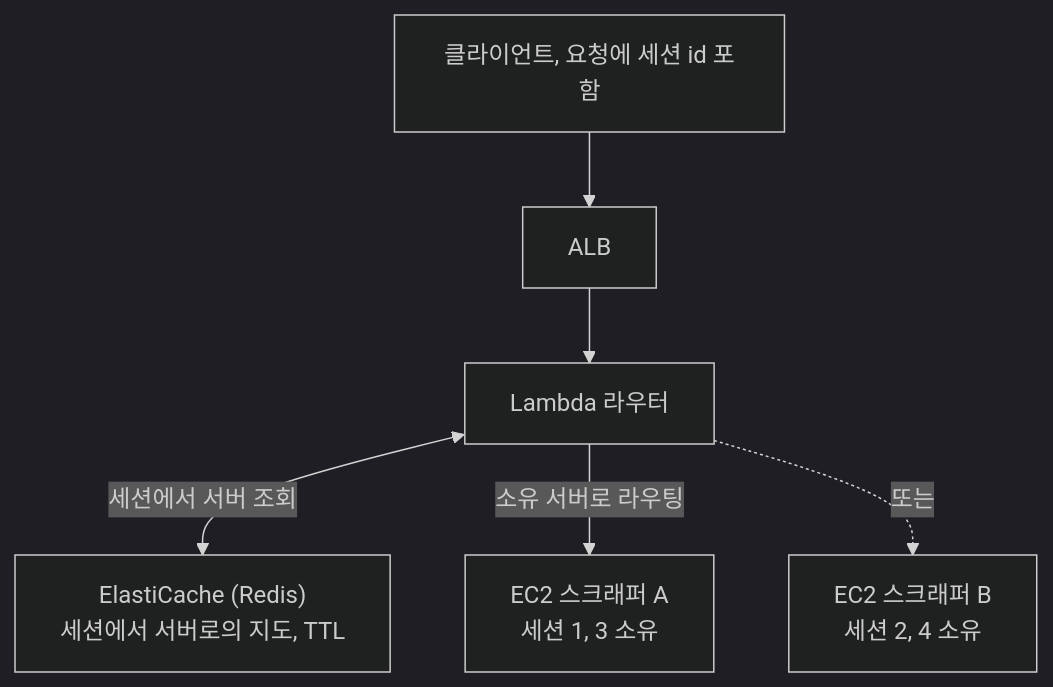
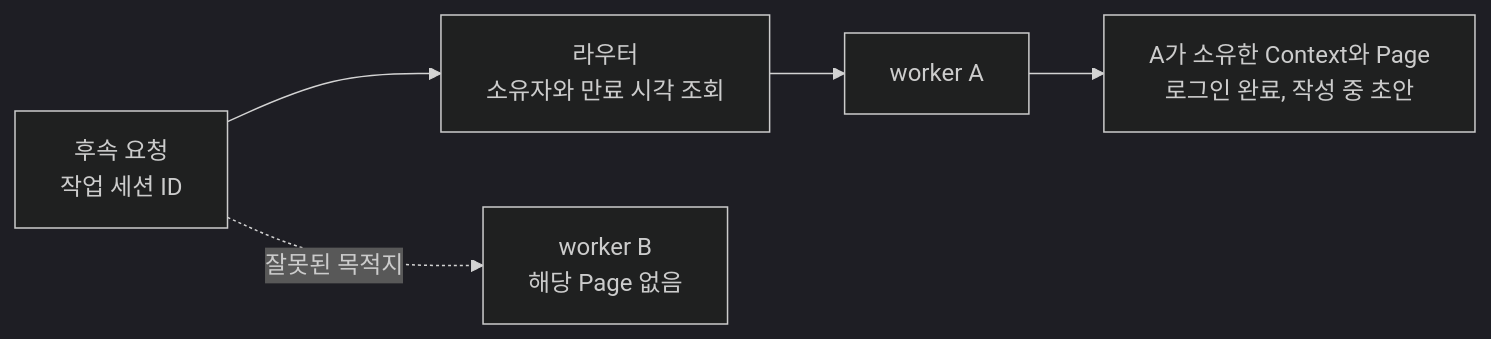
One commit to kukjun/blog changed the diagram in src/content/blog/ko/session-aware-routing.md. Above: the diagram before and after it, drawn with Mermaid (dark theme). The commit also changed other lines of this file and 16 other files, not shown here.

````diff
--- a/src/content/blog/ko/session-aware-routing.md
+++ b/src/content/blog/ko/session-aware-routing.md
@@ -53,8 +92,7 @@
 ```mermaid
-flowchart TD
-  C["클라이언트, 요청에 세션 id 포함"] --> ALB["ALB"]
-  ALB --> R["Lambda 라우터"]
-  R <-->|"세션에서 서버 조회"| K["ElastiCache (Redis)<br/>세션에서 서버로의 지도, TTL"]
-  R -->|"소유 서버로 라우팅"| S1["EC2 스크래퍼 A<br/>세션 1, 3 소유"]
-  R -.->|"또는"| S2["EC2 스크래퍼 B<br/>세션 2, 4 소유"]
+flowchart LR
+  C["후속 요청<br/>작업 세션 ID"] --> R["라우터<br/>소유자와 만료 시각 조회"]
+  R --> A["worker A"]
+  A --> P["A가 소유한 Context와 Page<br/>로그인 완료, 작성 중 초안"]
+  C -. "잘못된 목적지" .-> B["worker B<br/>해당 Page 없음"]
 ```
````
